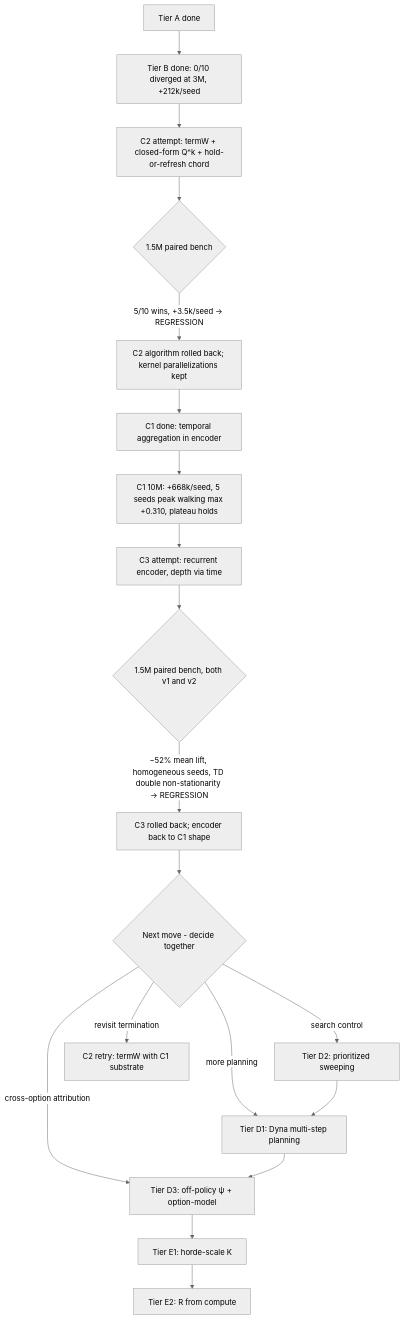
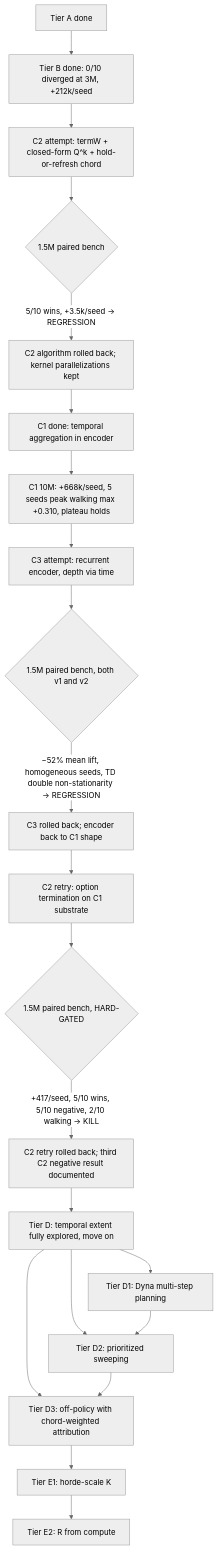
Before and after one commit to michaelDinelle/AlbertaPlanOaK: the diagram in docs/roadmap.md, drawn with Mermaid (neutral theme). The commit also changed other lines of this file and 4 other files, not shown here.

````diff
--- a/docs/roadmap.md
+++ b/docs/roadmap.md
@@ -409,21 +481,23 @@
 ```mermaid
 flowchart TD
     A[Tier A done] --> B[Tier B done: 0/10 diverged at 3M, +212k/seed]
     B --> C2att[C2 attempt: termW + closed-form Q^k + hold-or-refresh chord]
     C2att --> C2check{1.5M paired bench}
     C2check -->|5/10 wins, +3.5k/seed → REGRESSION| C2roll[C2 algorithm rolled back; kernel parallelizations kept]
     C2roll --> C1[C1 done: temporal aggregation in encoder]
     C1 --> C1deep[C1 10M: +668k/seed, 5 seeds peak walking max +0.310, plateau holds]
     C1deep --> C3att[C3 attempt: recurrent encoder, depth via time]
     C3att --> C3check{1.5M paired bench, both v1 and v2}
     C3check -->|−52% mean lift, homogeneous seeds, TD double non-stationarity → REGRESSION| C3roll[C3 rolled back; encoder back to C1 shape]
-    C3roll --> nextDecision{Next move - decide together}
-    nextDecision -->|search control| D2[Tier D2: prioritized sweeping]
-    nextDecision -->|more planning| D1[Tier D1: Dyna multi-step planning]
-    nextDecision -->|revisit termination| C2re[C2 retry: termW with C1 substrate]
-    nextDecision -->|cross-option attribution| D3[Tier D3: off-policy ψ + option-model]
-    D2 --> D1
-    D1 --> D3
+    C3roll --> C2retry[C2 retry: option termination on C1 substrate]
+    C2retry --> C2rcheck{1.5M paired bench, HARD-GATED}
+    C2rcheck -->|"+417/seed, 5/10 wins, 5/10 negative, 2/10 walking → KILL"| C2rroll[C2 retry rolled back; third C2 negative result documented]
+    C2rroll --> D[Tier D: temporal extent fully explored, move on]
+    D --> D1[Tier D1: Dyna multi-step planning]
+    D --> D2[Tier D2: prioritized sweeping]
+    D --> D3[Tier D3: off-policy with chord-weighted attribution]
+    D1 --> D2
+    D2 --> D3
     D3 --> E1[Tier E1: horde-scale K]
     E1 --> E2[Tier E2: R from compute]
 ```
````
